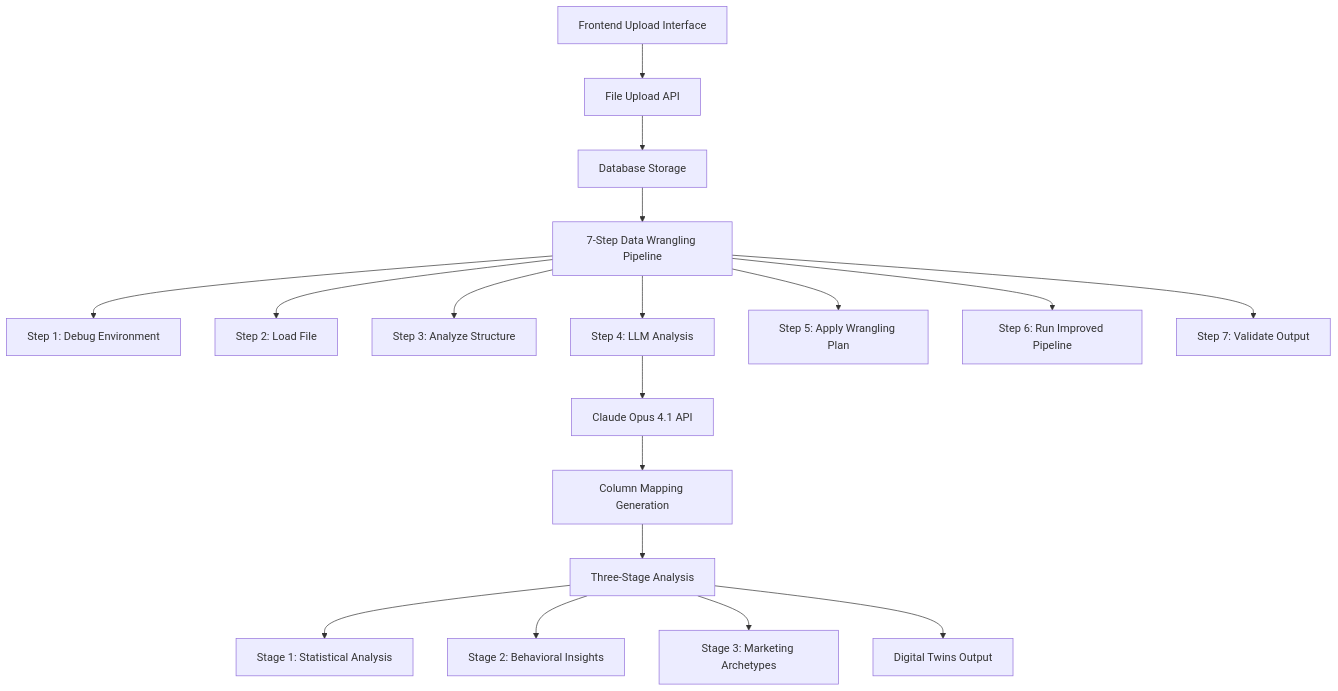
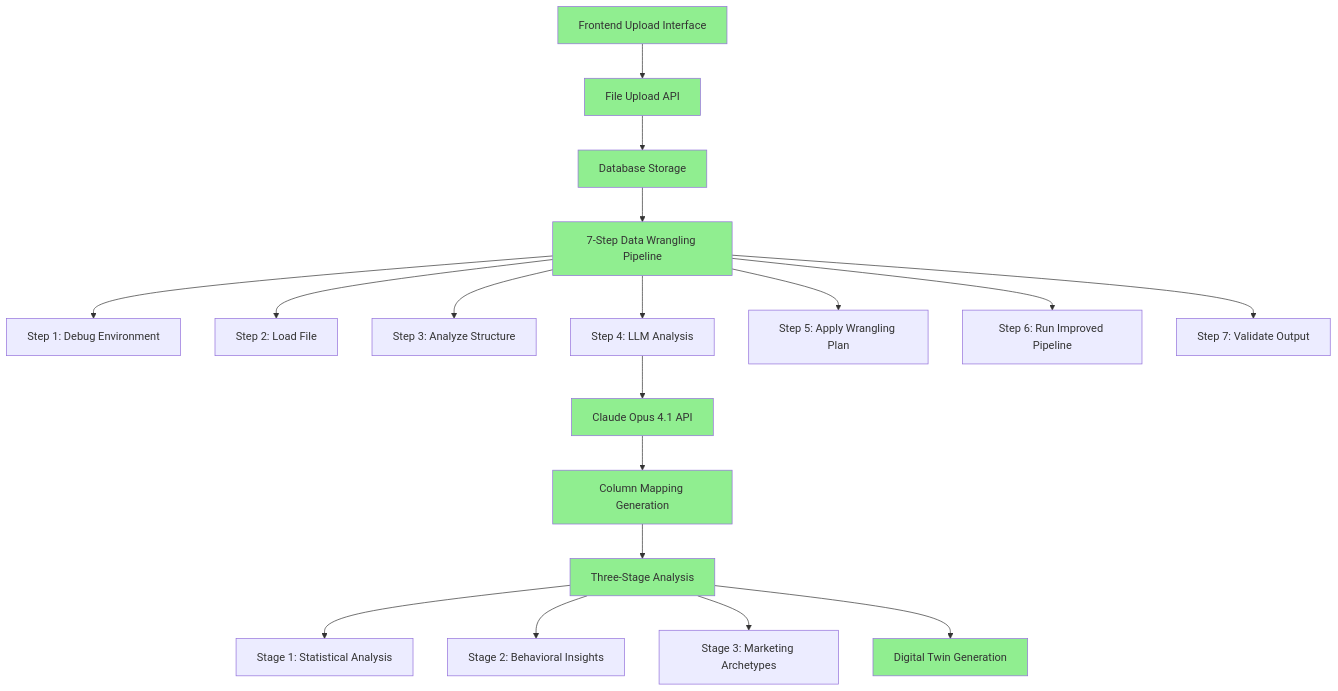
The first of 8 diagrams in CODE_DOCUMENTATION.md (SkyeAssetManagement/digital-twins), drawn with Mermaid before and after one commit. The commit also changed other lines of this file and 6 other files, not shown here.

````diff
--- a/CODE_DOCUMENTATION.md
+++ b/CODE_DOCUMENTATION.md
@@ -14,24 +18,33 @@
 ```mermaid
 graph TD
     A[Frontend Upload Interface] --> B[File Upload API]
     B --> C[Database Storage]
     C --> D[7-Step Data Wrangling Pipeline]
     
     D --> D1[Step 1: Debug Environment]
     D --> D2[Step 2: Load File]
     D --> D3[Step 3: Analyze Structure]
     D --> D4[Step 4: LLM Analysis]
     D --> D5[Step 5: Apply Wrangling Plan]
     D --> D6[Step 6: Run Improved Pipeline]
     D --> D7[Step 7: Validate Output]
     
     D4 --> E[Claude Opus 4.1 API]
     E --> F[Column Mapping Generation]
     F --> G[Three-Stage Analysis]
     
     G --> G1[Stage 1: Statistical Analysis]
     G --> G2[Stage 2: Behavioral Insights] 
     G --> G3[Stage 3: Marketing Archetypes]
     
-    G --> H[Digital Twins Output]
+    G --> H[Digital Twin Generation]
+    
+    style A fill:#90EE90
+    style B fill:#90EE90
+    style C fill:#90EE90
+    style D fill:#90EE90
+    style E fill:#90EE90
+    style F fill:#90EE90
+    style G fill:#90EE90
+    style H fill:#90EE90
 ```
````
